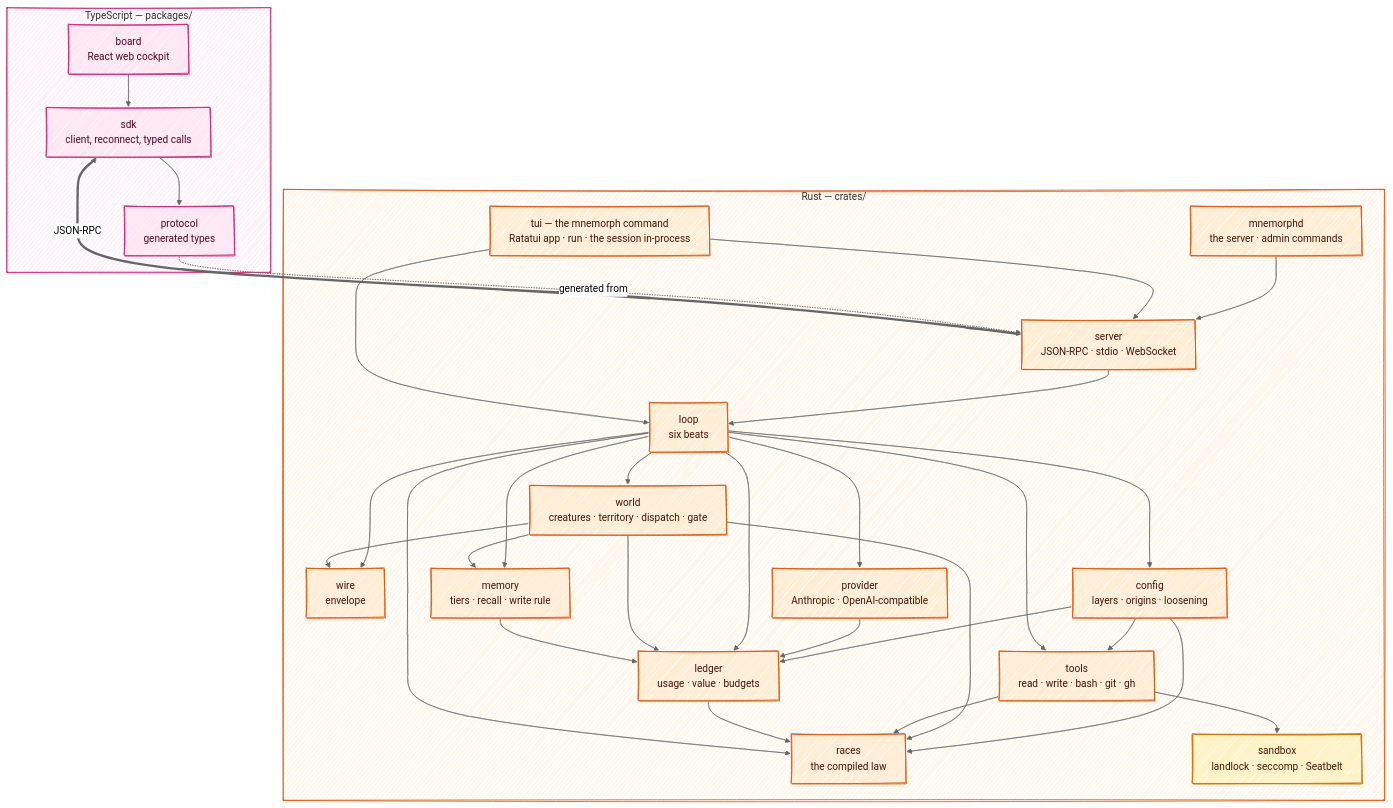
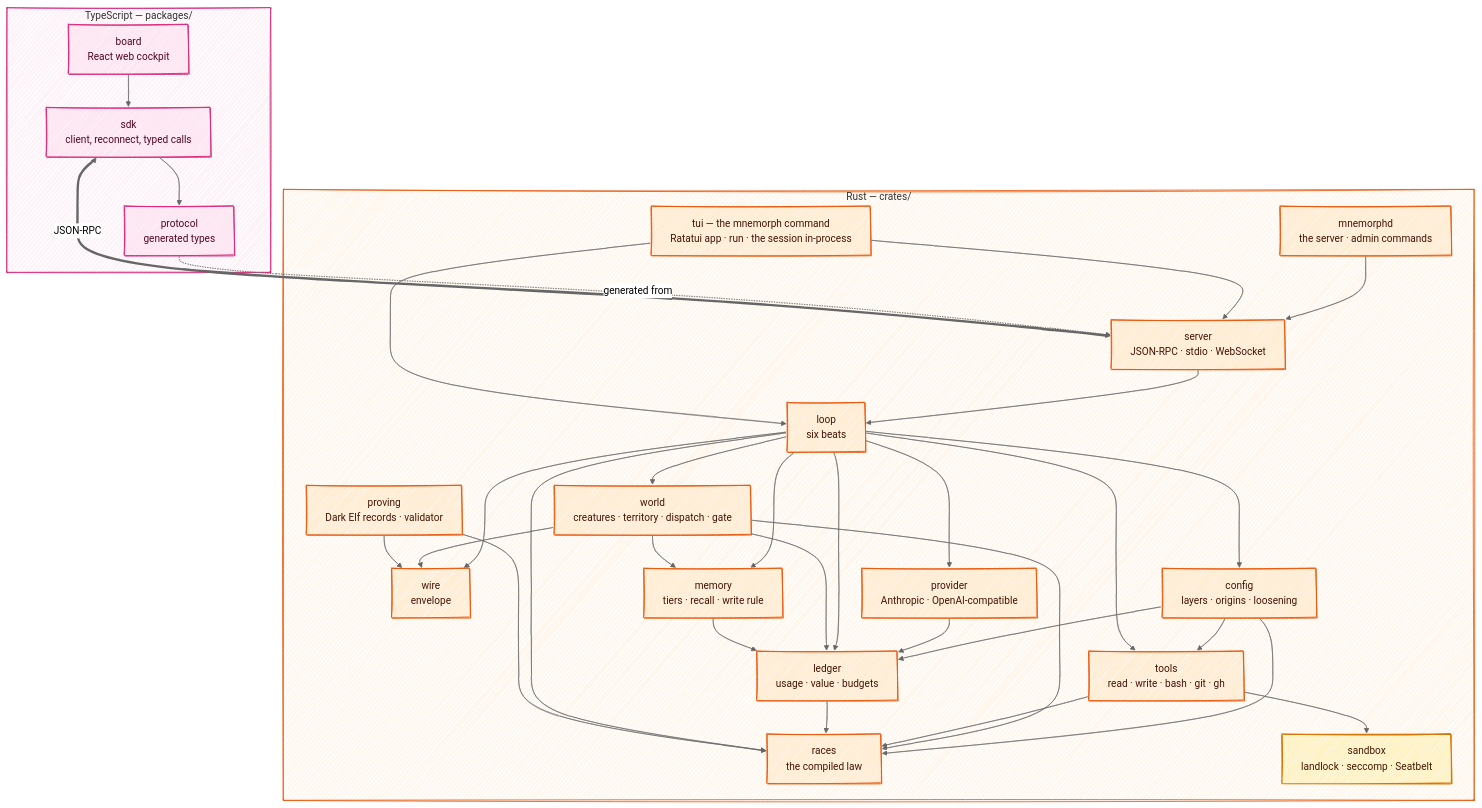
One commit to Kaginari/mnemorph changed the first of 3 diagrams in docs/05-architecture.md. Above: the diagram before and after it, drawn with Mermaid. The commit also changed other lines of this file and 16 other files, not shown here.

First line of the commit message:
feat(proving): the Dark Elf's finding record and its validator

````diff
--- a/docs/05-architecture.md
+++ b/docs/05-architecture.md
@@ -5,61 +5,64 @@
 ```mermaid
 ---
 config:
   look: handDrawn
   theme: neutral
   flowchart:
     wrappingWidth: 360
 ---
 flowchart TB
     subgraph ts["TypeScript — packages/"]
       BOARD["board<br/>React web cockpit"]
       SDK["sdk<br/>client, reconnect, typed calls"]
       PROTO["protocol<br/>generated types"]
       BOARD --> SDK
       SDK --> PROTO
     end
     subgraph rs["Rust — crates/"]
       TUI["tui — the mnemorph command<br/>Ratatui app · run · the session in-process"]
       D["mnemorphd<br/>the server · admin commands"]
       SERVER["server<br/>JSON-RPC · stdio · WebSocket"]
       LOOP["loop<br/>six beats"]
       WORLD["world<br/>creatures · territory · dispatch · gate"]
       RACES["races<br/>the compiled law"]
       WIRE["wire<br/>envelope"]
       TOOLS["tools<br/>read · write · bash · git · gh"]
       SANDBOX["sandbox<br/>landlock · seccomp · Seatbelt"]
       PROV["provider<br/>Anthropic · OpenAI-compatible"]
       LEDGER["ledger<br/>usage · value · budgets"]
       MEM["memory<br/>tiers · recall · write rule"]
       CONFIG["config<br/>layers · origins · loosening"]
+      PROVING["proving<br/>Dark Elf records · validator"]
       SERVER --> LOOP
       D --> SERVER
       TUI --> SERVER
       TUI --> LOOP
       LOOP --> CONFIG --> TOOLS
       CONFIG --> RACES
       CONFIG --> LEDGER
       LOOP --> WORLD --> RACES
       LOOP --> PROV --> LEDGER
       LOOP --> TOOLS --> SANDBOX
       TOOLS --> RACES
       LOOP --> LEDGER --> RACES
       LOOP --> MEM
       LOOP --> RACES
       LOOP --> WIRE
       WORLD --> WIRE
       WORLD --> LEDGER
       WORLD --> MEM
       MEM --> LEDGER
+      PROVING --> WIRE
+      PROVING --> RACES
     end
     PROTO -. generated from .-> SERVER
     SDK <==>|JSON-RPC| SERVER
     classDef ts fill:#fde7f3,stroke:#db2777,stroke-width:1.5px,color:#500724
     class BOARD,SDK,PROTO ts
     classDef rs fill:#ffedd5,stroke:#ea580c,stroke-width:1.5px,color:#431407
-    class TUI,D,SERVER,LOOP,WORLD,RACES,WIRE,TOOLS,PROV,LEDGER,MEM,CONFIG rs
+    class TUI,D,SERVER,LOOP,WORLD,RACES,WIRE,TOOLS,PROV,LEDGER,MEM,CONFIG,PROVING rs
     classDef gate fill:#fef3c7,stroke:#d97706,stroke-width:2px,color:#451a03
     class SANDBOX gate
     style ts fill:#fdf2f8,stroke:#db2777
     style rs fill:#fff7ed,stroke:#ea580c
 ```
````
